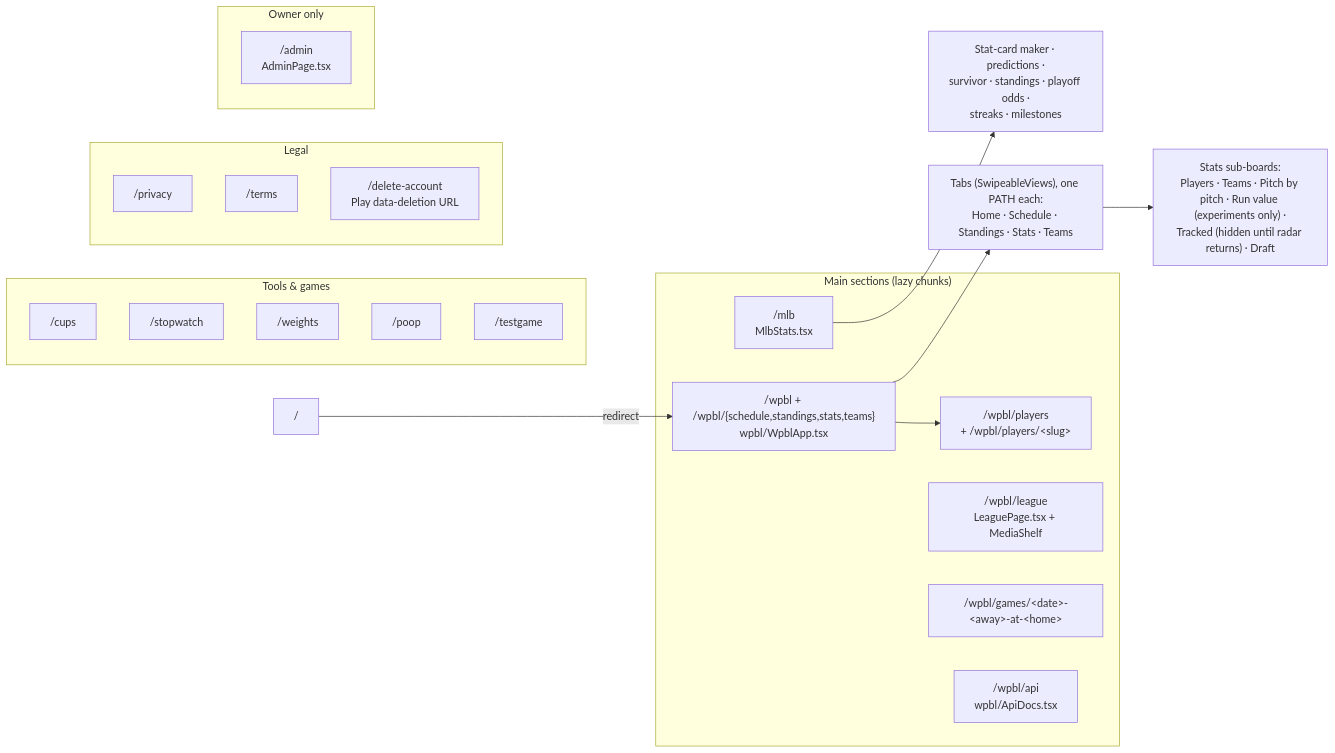
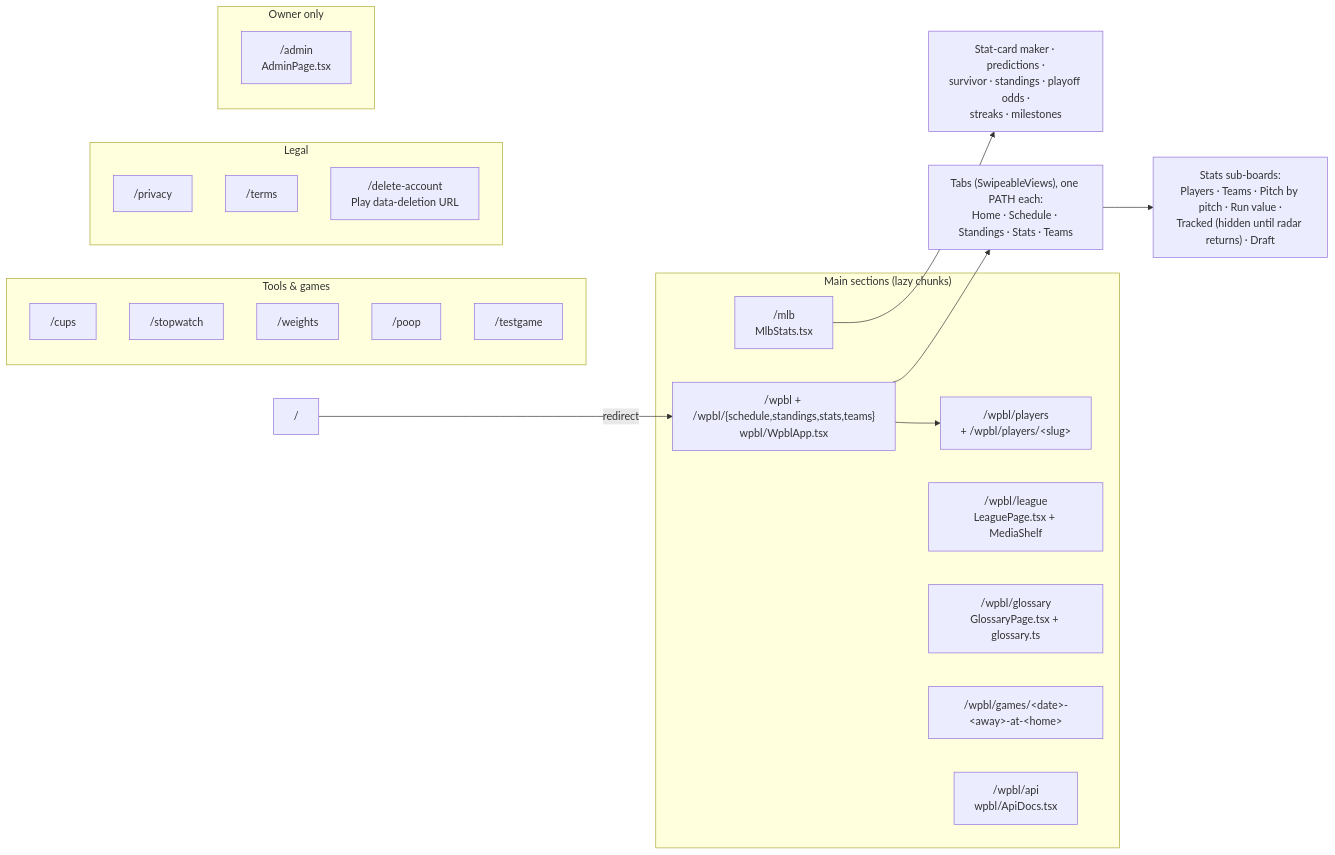
The second of 5 diagrams in ARCHITECTURE.md (sportydolphin/fun), drawn with Mermaid before and after one commit. The commit also changed other lines of this file and 2 other files, not shown here.

````diff
--- a/ARCHITECTURE.md
+++ b/ARCHITECTURE.md
@@ -98,35 +98,36 @@
 ```mermaid
 flowchart LR
     subgraph Main["Main sections (lazy chunks)"]
         mlb["/mlb<br/>MlbStats.tsx"]
         wpbl["/wpbl + /wpbl/{schedule,standings,stats,teams}<br/>wpbl/WpblApp.tsx"]
         wplayers["/wpbl/players<br/>+ /wpbl/players/&lt;slug&gt;"]
         wleague["/wpbl/league<br/>LeaguePage.tsx + MediaShelf"]
+        wgloss["/wpbl/glossary<br/>GlossaryPage.tsx + glossary.ts"]
         wgames["/wpbl/games/&lt;date&gt;-&lt;away&gt;-at-&lt;home&gt;"]
         api["/wpbl/api<br/>wpbl/ApiDocs.tsx"]
     end
 
     subgraph Tools["Tools & games"]
         cups["/cups"]
         sw["/stopwatch"]
         wt["/weights"]
         poop["/poop"]
         tg["/testgame"]
     end
 
     subgraph Legal["Legal"]
         priv["/privacy"]
         terms["/terms"]
         del["/delete-account<br/>Play data-deletion URL"]
     end
 
     subgraph Owner["Owner only"]
         adm["/admin<br/>AdminPage.tsx"]
     end
 
     root["/"] -->|redirect| wpbl
     wpbl --> wtabs["Tabs (SwipeableViews), one PATH each:<br/>Home · Schedule · Standings · Stats · Teams"]
-    wtabs --> wstats["Stats sub-boards:<br/>Players · Teams · Pitch by pitch · Run value (experiments only) ·<br/>Tracked (hidden until radar returns) · Draft"]
+    wtabs --> wstats["Stats sub-boards:<br/>Players · Teams · Pitch by pitch · Run value ·<br/>Tracked (hidden until radar returns) · Draft"]
     wpbl --> wplayers
     mlb --> mtabs["Stat-card maker · predictions ·<br/>survivor · standings · playoff odds ·<br/>streaks · milestones"]
 ```
````
